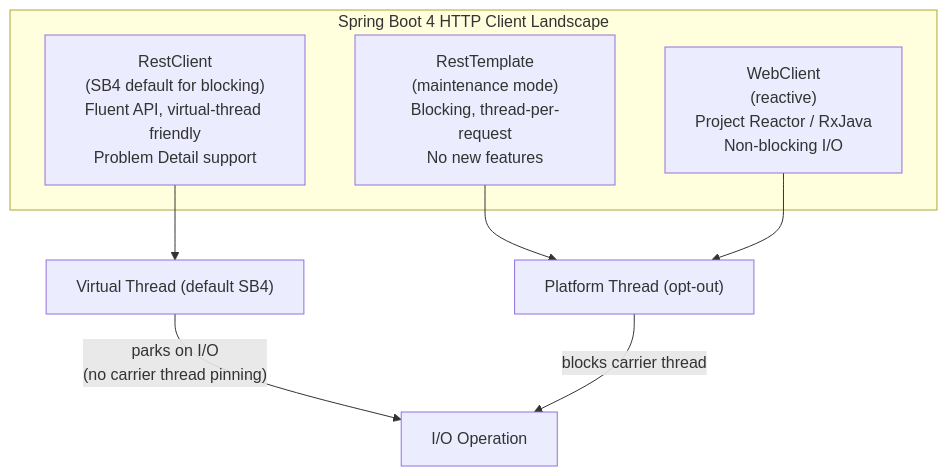
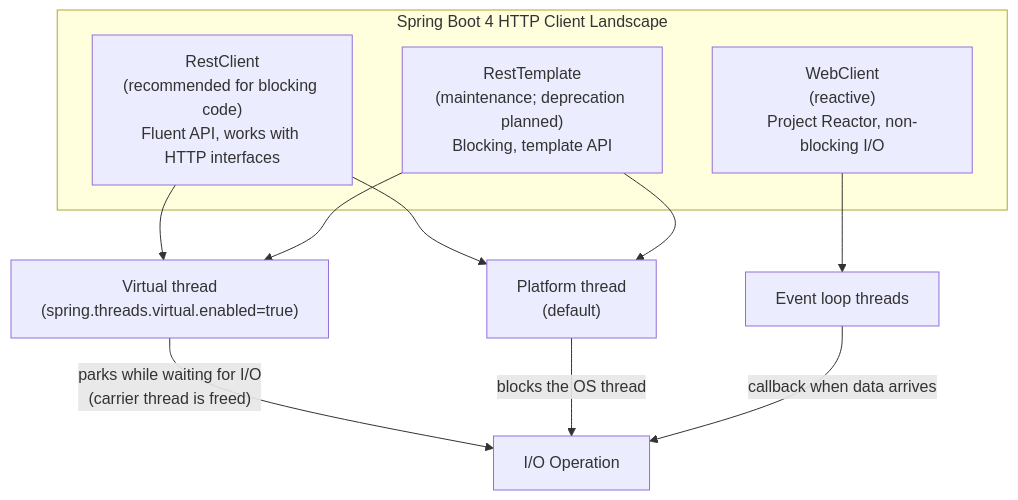
One commit to mostafasroor1983/fintech-engineering-mastery changed the first of 2 diagrams in docs/content/tracks/track-13-spring-boot-4/lesson-02-spring-framework-7/index.md. Above: the diagram before and after it, drawn with Mermaid. The commit also changed other lines of this file and 230 other files, not shown here.

````diff
--- a/docs/content/tracks/track-13-spring-boot-4/lesson-02-spring-framework-7/index.md
+++ b/docs/content/tracks/track-13-spring-boot-4/lesson-02-spring-framework-7/index.md
@@ -181,18 +199,22 @@
 ```mermaid
 flowchart TD
     subgraph "Spring Boot 4 HTTP Client Landscape"
-        RT["RestTemplate\n(maintenance mode)\nBlocking, thread-per-request\nNo new features"]
-        RC["RestClient\n(SB4 default for blocking)\nFluent API, virtual-thread friendly\nProblem Detail support"]
-        WC["WebClient\n(reactive)\nProject Reactor / RxJava\nNon-blocking I/O"]
+        RT["RestTemplate\n(maintenance; deprecation planned)\nBlocking, template API"]
+        RC["RestClient\n(recommended for blocking code)\nFluent API, works with HTTP interfaces"]
+        WC["WebClient\n(reactive)\nProject Reactor, non-blocking I/O"]
     end
 
-    VT["Virtual Thread (default SB4)"]
-    PT["Platform Thread (opt-out)"]
+    VT["Virtual thread\n(spring.threads.virtual.enabled=true)"]
+    PT["Platform thread\n(default)"]
+    EL["Event loop threads"]
 
     RC --> VT
+    RC --> PT
+    RT --> VT
     RT --> PT
-    WC --> PT
+    WC --> EL
 
-    VT -->|"parks on I/O\n(no carrier thread pinning)"| IO["I/O Operation"]
-    PT -->|"blocks carrier thread"| IO
+    VT -->|"parks while waiting for I/O\n(carrier thread is freed)"| IO["I/O Operation"]
+    PT -->|"blocks the OS thread"| IO
+    EL -->|"callback when data arrives"| IO
 ```
````
